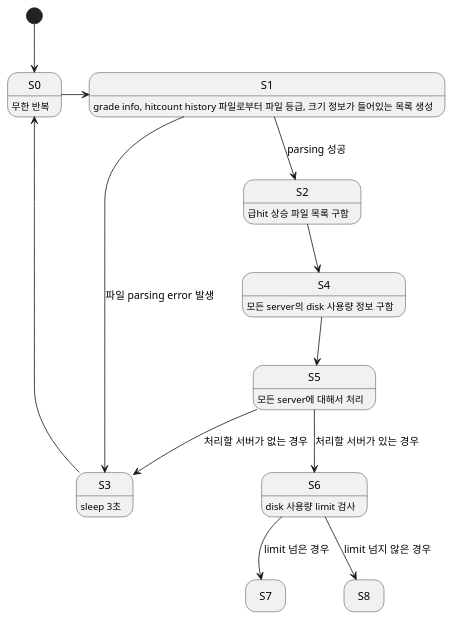
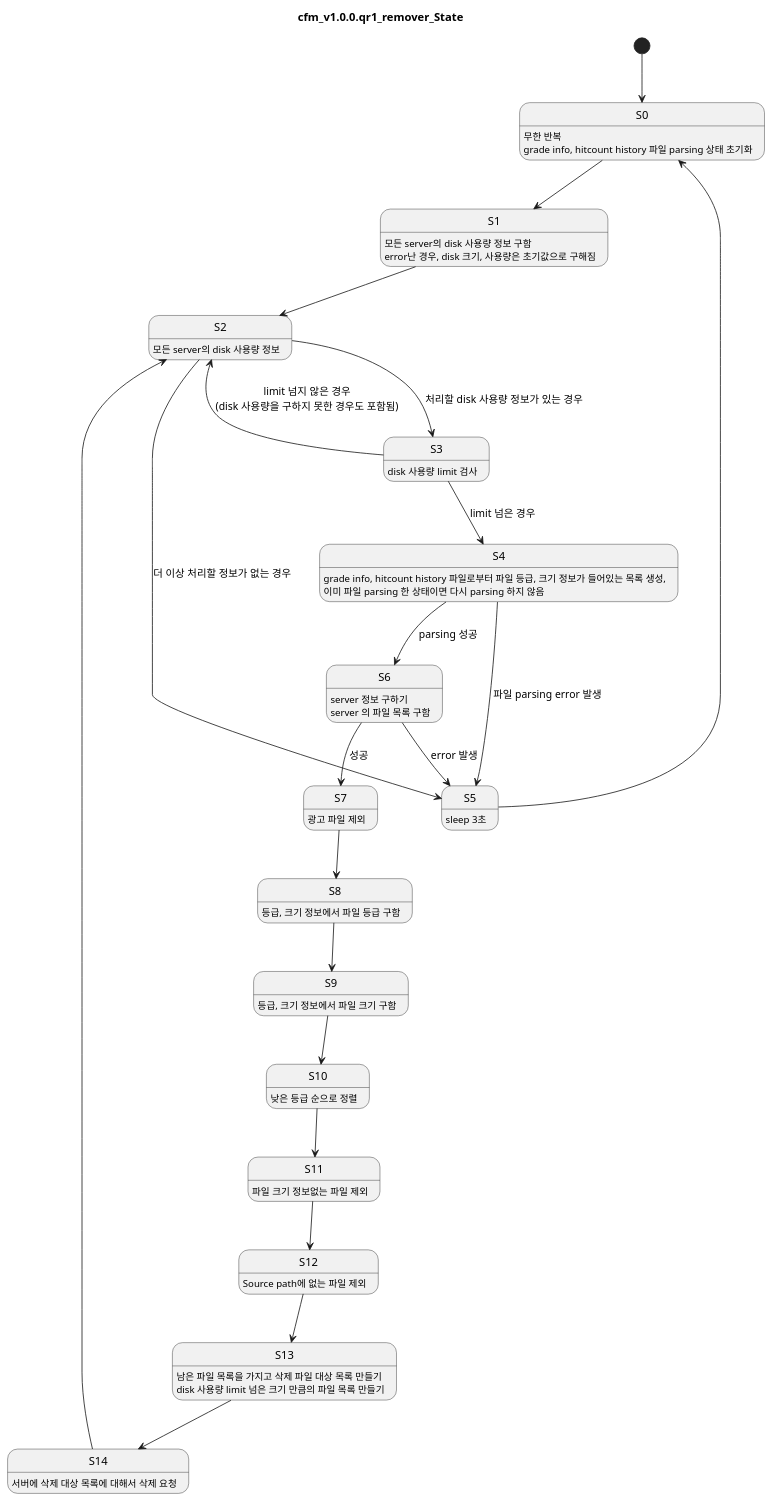
One commit to castisdev/cfm changed the fourth of 4 diagrams in doc/remover_state.md. Above: the diagram before and after it, drawn with PlantUML. The commit also changed other lines of this file and 23 other files, not shown here.

````diff
--- a/doc/remover_state.md
+++ b/doc/remover_state.md
@@ -45,25 +88,40 @@
 ```plantuml
+title cfm_v1.0.0.qr1_remover_State
 hide empty description
 
 [*]--> S0
-S0 : 무한 반복
-S0 -> S1
-S1 : grade info, hitcount history 파일로부터 파일 등급, 크기 정보가 들어있는 목록 생성
-
-S1 --> S3 : 파일 parsing error 발생
-S3 : sleep 3초
-S3 --> S0
-S1 --> S2 : parsing 성공
-S2 : 급hit 상승 파일 목록 구함
-S2 --> S4
-S4 : 모든 server의 disk 사용량 정보 구함
-S4 --> S5
-S5 : 모든 server에 대해서 처리
-S5 --> S3 : 처리할 서버가 없는 경우
-S5 --> S6 : 처리할 서버가 있는 경우
-S6 : disk 사용량 limit 검사
-S6 --> S7 : limit 넘은 경우
-S6 --> S8 : limit 넘지 않은 경우
-
-
+S0 : 무한 반복\ngrade info, hitcount history 파일 parsing 상태 초기화
+S0 --> S1
+S1 : 모든 server의 disk 사용량 정보 구함\nerror난 경우, disk 크기, 사용량은 초기값으로 구해짐
+S1 --> S2
+S2 : 모든 server의 disk 사용량 정보
+S2 --> S5 : 더 이상 처리할 정보가 없는 경우
+S2 --> S3 : 처리할 disk 사용량 정보가 있는 경우
+S3 : disk 사용량 limit 검사
+S3 --> S4 : limit 넘은 경우
+S3 --> S2 : limit 넘지 않은 경우\n(disk 사용량을 구하지 못한 경우도 포함됨)
+S4 : grade info, hitcount history 파일로부터 파일 등급, 크기 정보가 들어있는 목록 생성,\n이미 파일 parsing 한 상태이면 다시 parsing 하지 않음
+S4 --> S5 : 파일 parsing error 발생
+S5 : sleep 3초
+S5 --> S0
+S4 --> S6 : parsing 성공
+S6 : server 정보 구하기\nserver 의 파일 목록 구함
+S6 --> S5 : error 발생
+S6 --> S7 : 성공
+S7 : 광고 파일 제외
+S7 --> S8
+S8 : 등급, 크기 정보에서 파일 등급 구함
+S8 --> S9
+S9 : 등급, 크기 정보에서 파일 크기 구함
+S9 --> S10
+S10 : 낮은 등급 순으로 정렬
+S10 --> S11
+S11 : 파일 크기 정보없는 파일 제외
+S11 --> S12
+S12 : Source path에 없는 파일 제외
+S12 --> S13
+S13 : 남은 파일 목록을 가지고 삭제 파일 대상 목록 만들기\ndisk 사용량 limit 넘은 크기 만큼의 파일 목록 만들기
+S13 --> S14
+S14 : 서버에 삭제 대상 목록에 대해서 삭제 요청
+S14--> S2
 ```
````
